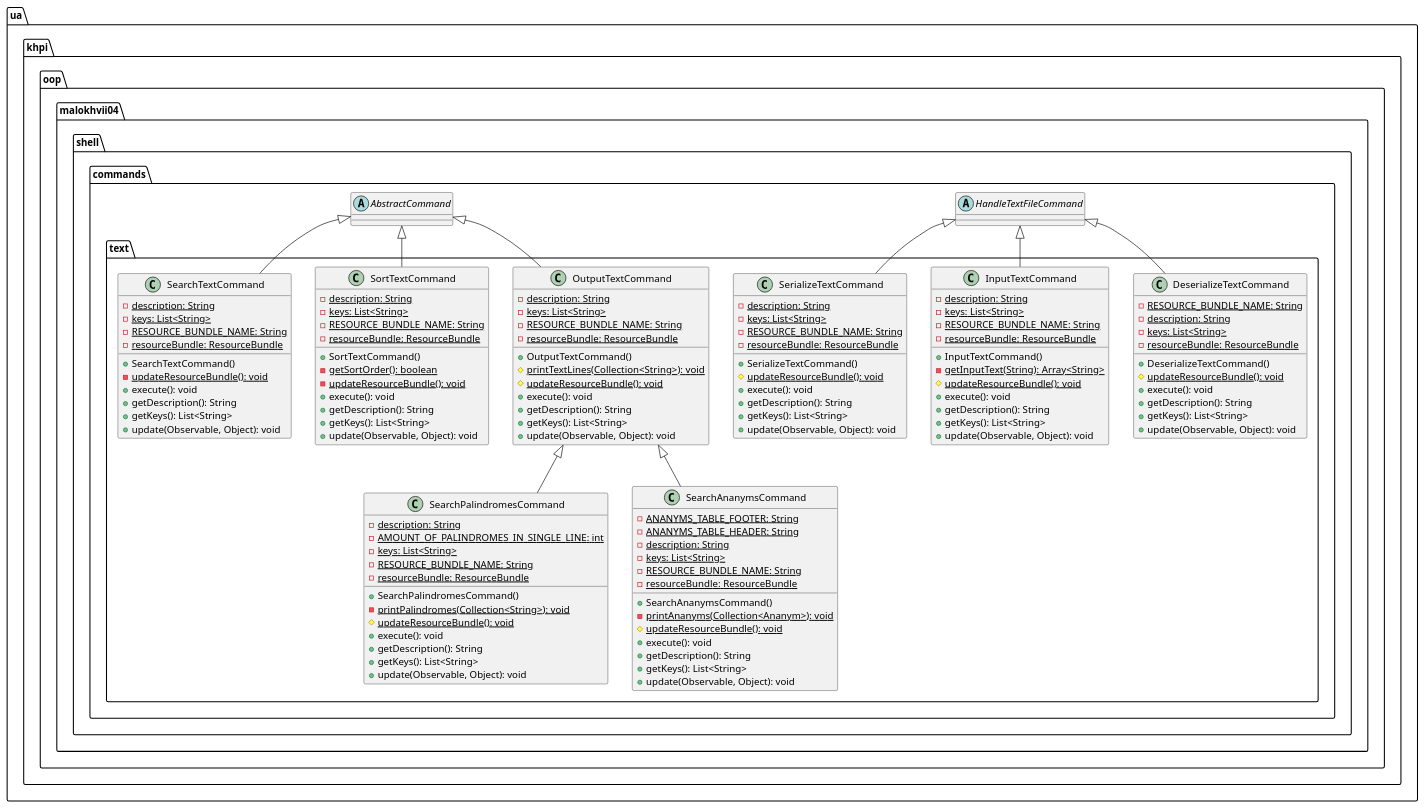
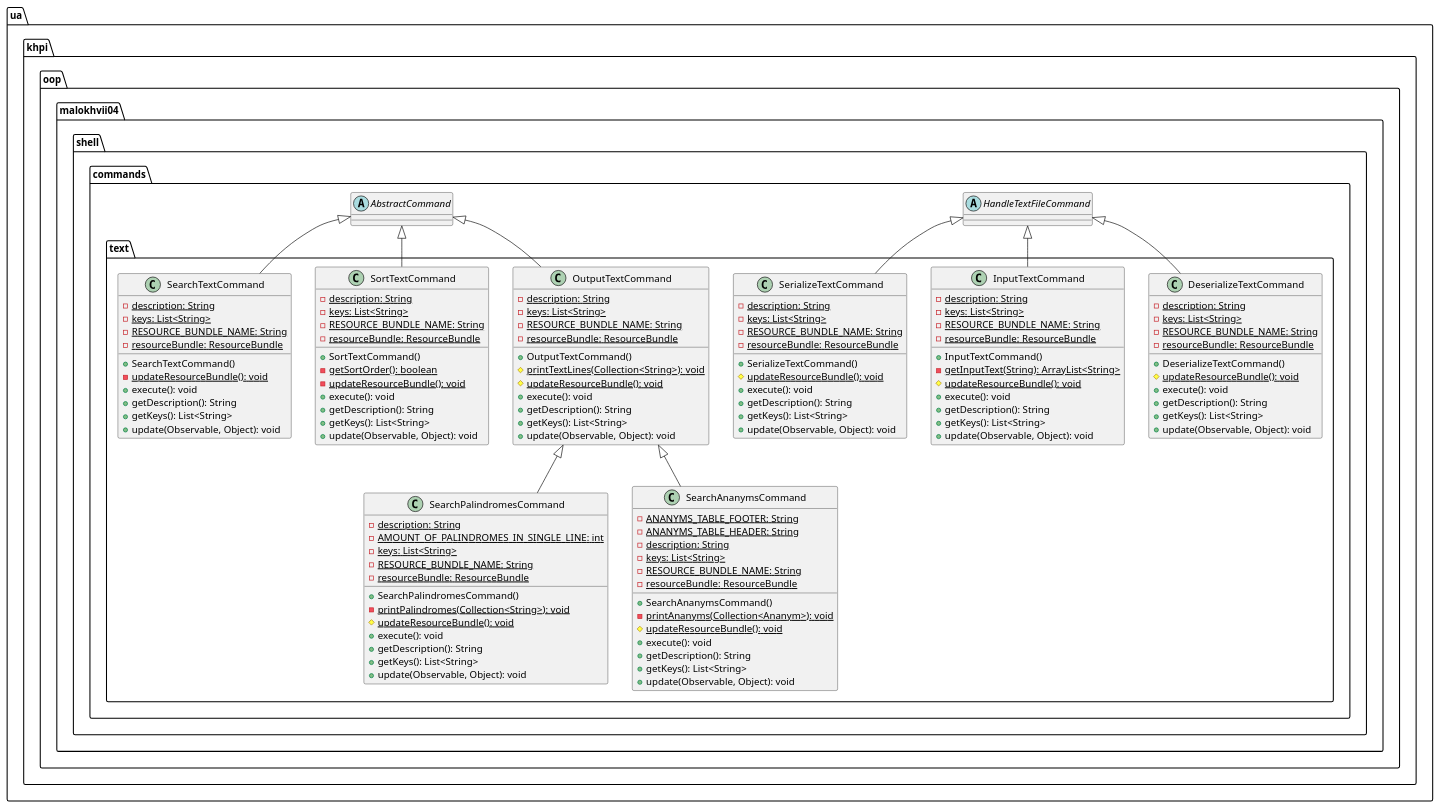
One commit to P-Kalin/kit26a changed the diagram in malokhvii-eduard/malokhvii04/doc/plantuml/ua/khpi/oop/malokhvii04/shell/commands/text/package.puml. Above: the diagram before and after it, drawn with PlantUML. The commit also changed 9 other files, not shown here.

Commit message:
#1, #3 malokhvii04: update graphs

```diff
--- a/malokhvii-eduard/malokhvii04/doc/plantuml/ua/khpi/oop/malokhvii04/shell/commands/text/package.puml
+++ b/malokhvii-eduard/malokhvii04/doc/plantuml/ua/khpi/oop/malokhvii04/shell/commands/text/package.puml
@@ -1,137 +1,137 @@
 @startuml
 
     namespace ua.khpi.oop.malokhvii04.shell.commands.text {
 
         class DeserializeTextCommand {
-            {static} -RESOURCE_BUNDLE_NAME: String
             {static} -description: String
             {static} -keys: List<String>
+            {static} -RESOURCE_BUNDLE_NAME: String
             {static} -resourceBundle: ResourceBundle
             +DeserializeTextCommand()
             {static} #updateResourceBundle(): void
             +execute(): void
             +getDescription(): String
             +getKeys(): List<String>
             +update(Observable, Object): void
         }
 
         class SortTextCommand {
             {static} -description: String
             {static} -keys: List<String>
             {static} -RESOURCE_BUNDLE_NAME: String
             {static} -resourceBundle: ResourceBundle
             +SortTextCommand()
             {static} -getSortOrder(): boolean
             {static} -updateResourceBundle(): void
             +execute(): void
             +getDescription(): String
             +getKeys(): List<String>
             +update(Observable, Object): void
         }
 
         class SearchPalindromesCommand {
             {static} -description: String
             {static} -AMOUNT_OF_PALINDROMES_IN_SINGLE_LINE: int
             {static} -keys: List<String>
             {static} -RESOURCE_BUNDLE_NAME: String
             {static} -resourceBundle: ResourceBundle
             +SearchPalindromesCommand()
             {static} -printPalindromes(Collection<String>): void
             {static} #updateResourceBundle(): void
             +execute(): void
             +getDescription(): String
             +getKeys(): List<String>
             +update(Observable, Object): void
         }
 
         class SearchAnanymsCommand {
             {static} -ANANYMS_TABLE_FOOTER: String
             {static} -ANANYMS_TABLE_HEADER: String
             {static} -description: String
             {static} -keys: List<String>
             {static} -RESOURCE_BUNDLE_NAME: String
             {static} -resourceBundle: ResourceBundle
             +SearchAnanymsCommand()
             {static} -printAnanyms(Collection<Ananym>): void
             {static} #updateResourceBundle(): void
             +execute(): void
             +getDescription(): String
             +getKeys(): List<String>
             +update(Observable, Object): void
         }
 
         class SearchTextCommand {
             {static} -description: String
             {static} -keys: List<String>
             {static} -RESOURCE_BUNDLE_NAME: String
             {static} -resourceBundle: ResourceBundle
             +SearchTextCommand()
             {static} -updateResourceBundle(): void
             +execute(): void
             +getDescription(): String
             +getKeys(): List<String>
             +update(Observable, Object): void
         }
 
         class OutputTextCommand {
             {static} -description: String
             {static} -keys: List<String>
             {static} -RESOURCE_BUNDLE_NAME: String
             {static} -resourceBundle: ResourceBundle
             +OutputTextCommand()
             {static} #printTextLines(Collection<String>): void
             {static} #updateResourceBundle(): void
             +execute(): void
             +getDescription(): String
             +getKeys(): List<String>
             +update(Observable, Object): void
         }
 
         class InputTextCommand {
             {static} -description: String
             {static} -keys: List<String>
             {static} -RESOURCE_BUNDLE_NAME: String
             {static} -resourceBundle: ResourceBundle
             +InputTextCommand()
-            {static} -getInputText(String): Array<String>
+            {static} -getInputText(String): ArrayList<String>
             {static} #updateResourceBundle(): void
             +execute(): void
             +getDescription(): String
             +getKeys(): List<String>
             +update(Observable, Object): void
         }
 
         class SerializeTextCommand {
             {static} -description: String
             {static} -keys: List<String>
             {static} -RESOURCE_BUNDLE_NAME: String
             {static} -resourceBundle: ResourceBundle
             +SerializeTextCommand()
             {static} #updateResourceBundle(): void
             +execute(): void
             +getDescription(): String
             +getKeys(): List<String>
             +update(Observable, Object): void
         }
 
         abstract class ua.khpi.oop.malokhvii04.shell.commands.HandleTextFileCommand
         ua.khpi.oop.malokhvii04.shell.commands.HandleTextFileCommand <|-- DeserializeTextCommand
 
         abstract class ua.khpi.oop.malokhvii04.shell.commands.AbstractCommand
         ua.khpi.oop.malokhvii04.shell.commands.AbstractCommand <|-- SortTextCommand
 
         OutputTextCommand <|-- SearchPalindromesCommand
 
         OutputTextCommand <|-- SearchAnanymsCommand
 
         ua.khpi.oop.malokhvii04.shell.commands.AbstractCommand <|-- SearchTextCommand
 
         ua.khpi.oop.malokhvii04.shell.commands.AbstractCommand <|-- OutputTextCommand
 
         ua.khpi.oop.malokhvii04.shell.commands.HandleTextFileCommand <|-- InputTextCommand
 
         ua.khpi.oop.malokhvii04.shell.commands.HandleTextFileCommand <|-- SerializeTextCommand
 
     }
 
 @enduml
```
